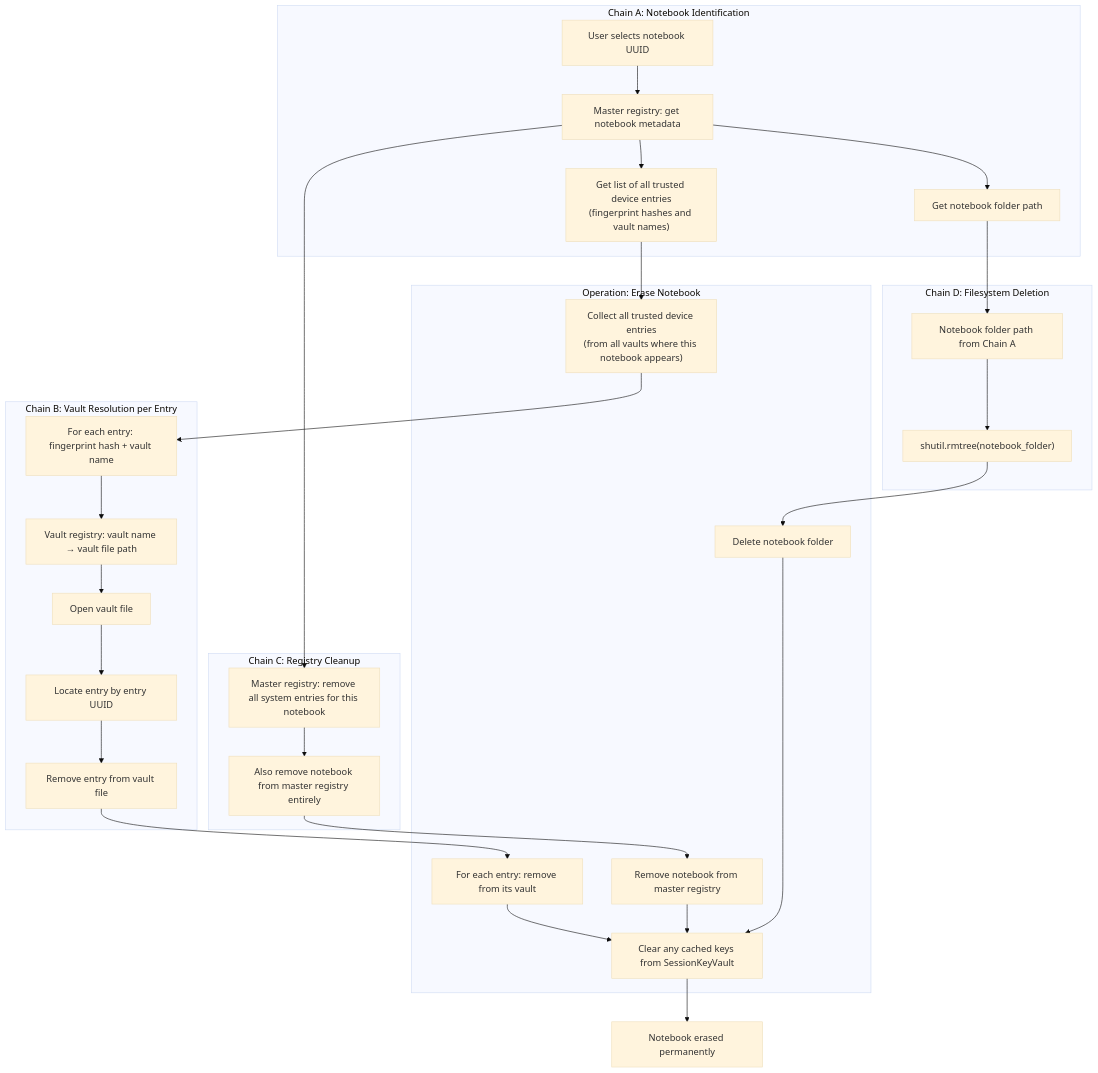
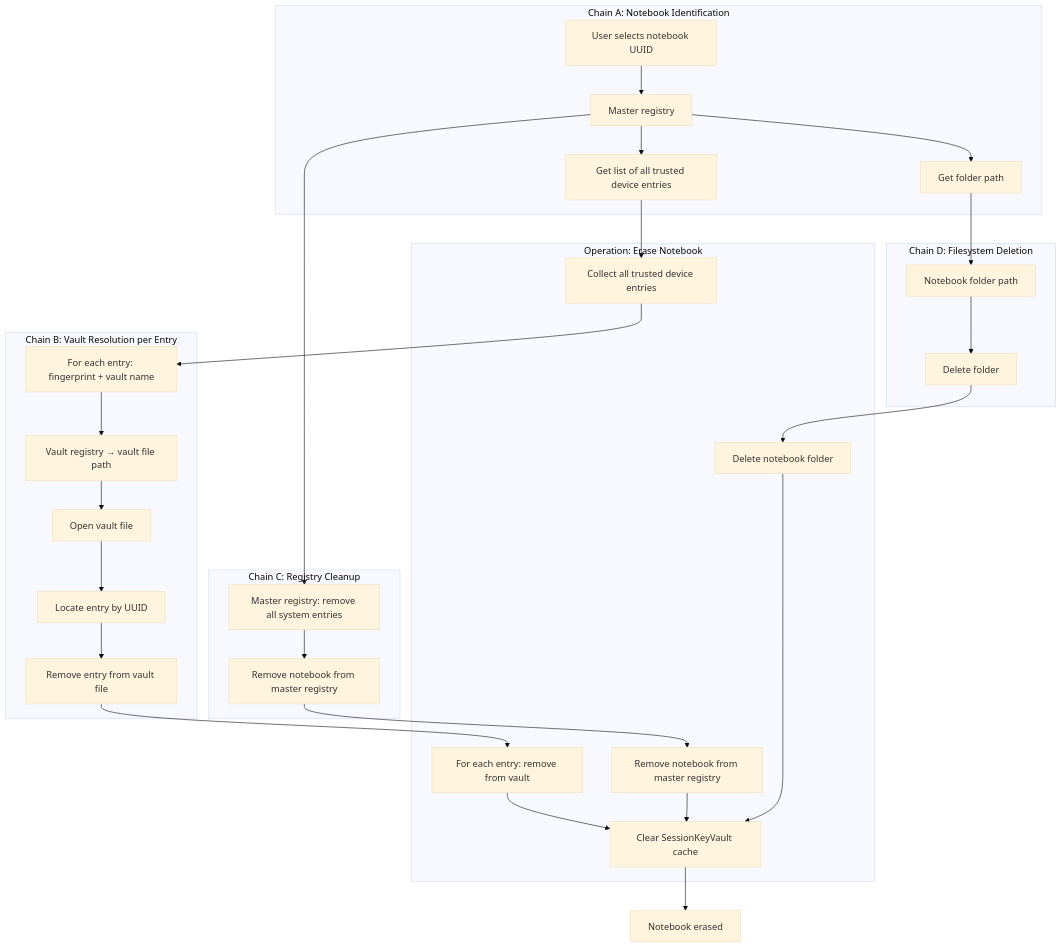
The second of 3 diagrams in UUID.md (sys-ronin/rough_docu), drawn with Mermaid (base theme) before and after one commit. The commit also changed other lines of this file, not shown here.

````diff
--- a/UUID.md
+++ b/UUID.md
@@ -131,50 +139,49 @@
 ```mermaid
 flowchart TD
     subgraph ChainA["Chain A: Notebook Identification"]
-        A1["User selects notebook UUID"] --> A2["Master registry: get notebook metadata"]
-        A2 --> A3["Get notebook folder path"]
-        A2 --> A4["Get list of all trusted device entries<br>(fingerprint hashes and vault names)"]
+        A1["User selects notebook UUID"] --> A2["Master registry"]
+        A2 --> A3["Get folder path"]
+        A2 --> A4["Get list of all trusted device entries"]
     end
 
     subgraph ChainB["Chain B: Vault Resolution per Entry"]
-        B1["For each entry: fingerprint hash + vault name"]
-        B1 --> B2["Vault registry: vault name → vault file path"]
+        B1["For each entry: fingerprint + vault name"]
+        B1 --> B2["Vault registry → vault file path"]
         B2 --> B3["Open vault file"]
-        B3 --> B4["Locate entry by entry UUID"]
+        B3 --> B4["Locate entry by UUID"]
         B4 --> B5["Remove entry from vault file"]
     end
 
     subgraph ChainC["Chain C: Registry Cleanup"]
-        C1["Master registry: remove all system entries for this notebook"]
-        C1 --> C2["Also remove notebook from master registry entirely"]
+        C1["Master registry: remove all system entries"]
+        C1 --> C2["Remove notebook from master registry"]
     end
 
     subgraph ChainD["Chain D: Filesystem Deletion"]
-        D1["Notebook folder path from Chain A"]
-        D1 --> D2["shutil.rmtree(notebook_folder)"]
+        D1["Notebook folder path"] --> D2["Delete folder"]
     end
 
     subgraph Operation["Operation: Erase Notebook"]
-        O1["Collect all trusted device entries<br>(from all vaults where this notebook appears)"]
-        O2["For each entry: remove from its vault"]
+        O1["Collect all trusted device entries"]
+        O2["For each entry: remove from vault"]
         O3["Remove notebook from master registry"]
         O4["Delete notebook folder"]
-        O5["Clear any cached keys from SessionKeyVault"]
+        O5["Clear SessionKeyVault cache"]
     end
 
     A4 --> O1
     O1 --> B1
     B5 --> O2
 
     A2 --> C1
     C2 --> O3
 
     A3 --> D1
     D2 --> O4
 
     O2 --> O5
     O3 --> O5
     O4 --> O5
 
-    O5 --> End["Notebook erased permanently"]
+    O5 --> End["Notebook erased"]
 ```
````
